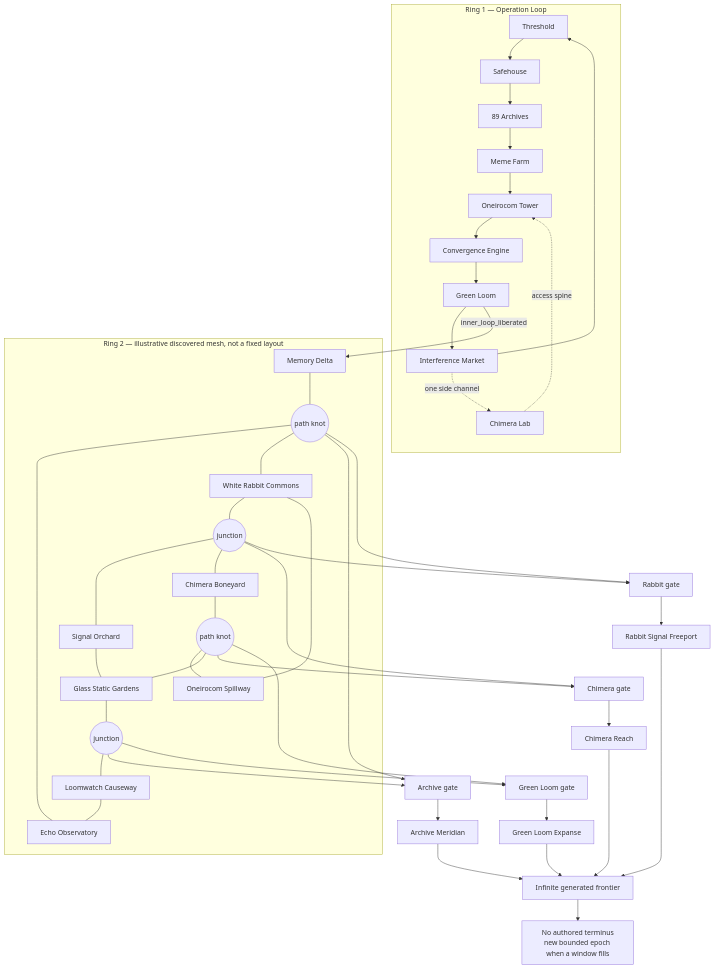
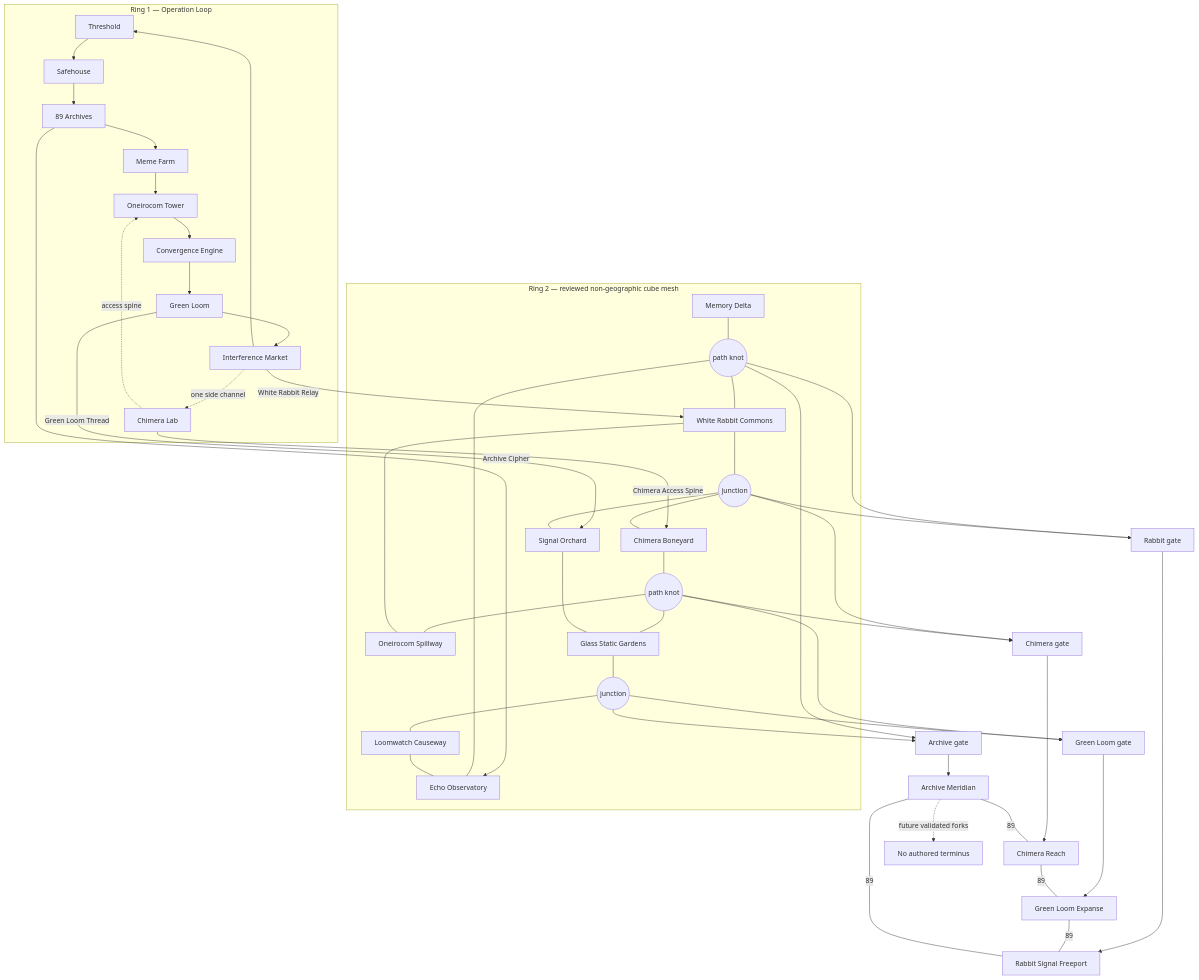
One commit to cenetex/cosyworld changed the seventh of 8 diagrams in docs/worldpacks/project-89-content-review.md. Above: the diagram before and after it, drawn with Mermaid. The commit also changed other lines of this file and 77 other files, not shown here.

````diff
--- a/docs/worldpacks/project-89-content-review.md
+++ b/docs/worldpacks/project-89-content-review.md
@@ -307,43 +309,46 @@
 ```mermaid
 flowchart TB
   subgraph R1["Ring 1 — Operation Loop"]
     T["Threshold"] --> S["Safehouse"] --> A["89 Archives"] --> M["Meme Farm"]
     M --> O["Oneirocom Tower"] --> C["Convergence Engine"]
     C --> G["Green Loom"] --> I["Interference Market"] --> T
     I -. "one side channel" .-> H["Chimera Lab"] -. "access spine" .-> O
   end
-  G -->|"inner_loop_liberated"| D["Memory Delta"]
-  subgraph R2["Ring 2 — illustrative discovered mesh, not a fixed layout"]
-    D --- W1(("path knot"))
-    W1 --- EO["Echo Observatory"]
-    W1 --- WR["White Rabbit Commons"]
+  A -->|"Archive Cipher"| EO["Echo Observatory"]
+  H -->|"Chimera Access Spine"| CB["Chimera Boneyard"]
+  G -->|"Green Loom Thread"| SO["Signal Orchard"]
+  I -->|"White Rabbit Relay"| WR["White Rabbit Commons"]
+  subgraph R2["Ring 2 — reviewed non-geographic cube mesh"]
+    D["Memory Delta"] --- W1(("path knot"))
+    W1 --- EO
+    W1 --- WR
     WR --- W2(("junction"))
-    W2 --- SO["Signal Orchard"]
-    W2 --- CB["Chimera Boneyard"]
+    W2 --- SO
+    W2 --- CB
     CB --- W3(("path knot"))
     W3 --- OS["Oneirocom Spillway"]
     W3 --- GS["Glass Static Gardens"]
     GS --- W4(("junction"))
     W4 --- LC["Loomwatch Causeway"]
     LC --- EO
     SO --- GS
     WR --- OS
   end
   W1 --> GA["Archive gate"]
   W4 --> GA
   W2 --> GC["Chimera gate"]
   W3 --> GC
   W3 --> GG["Green Loom gate"]
   W4 --> GG
   W1 --> GR["Rabbit gate"]
-  W2 --> GR
   GA --> AM["Archive Meridian"]
   GC --> CR["Chimera Reach"]
   GG --> GE["Green Loom Expanse"]
   GR --> RF["Rabbit Signal Freeport"]
-  AM --> F["Infinite generated frontier"]
-  CR --> F
-  GE --> F
-  RF --> F
-  F --> N["No authored terminus<br/>new bounded epoch when a window fills"]
+  AM ---|"89"| CR
+  CR ---|"89"| GE
+  GE ---|"89"| RF
+  RF ---|"89"| AM
+  W2 --> GR
+  AM -. "future validated forks" .-> N["No authored terminus"]
 ```
````
